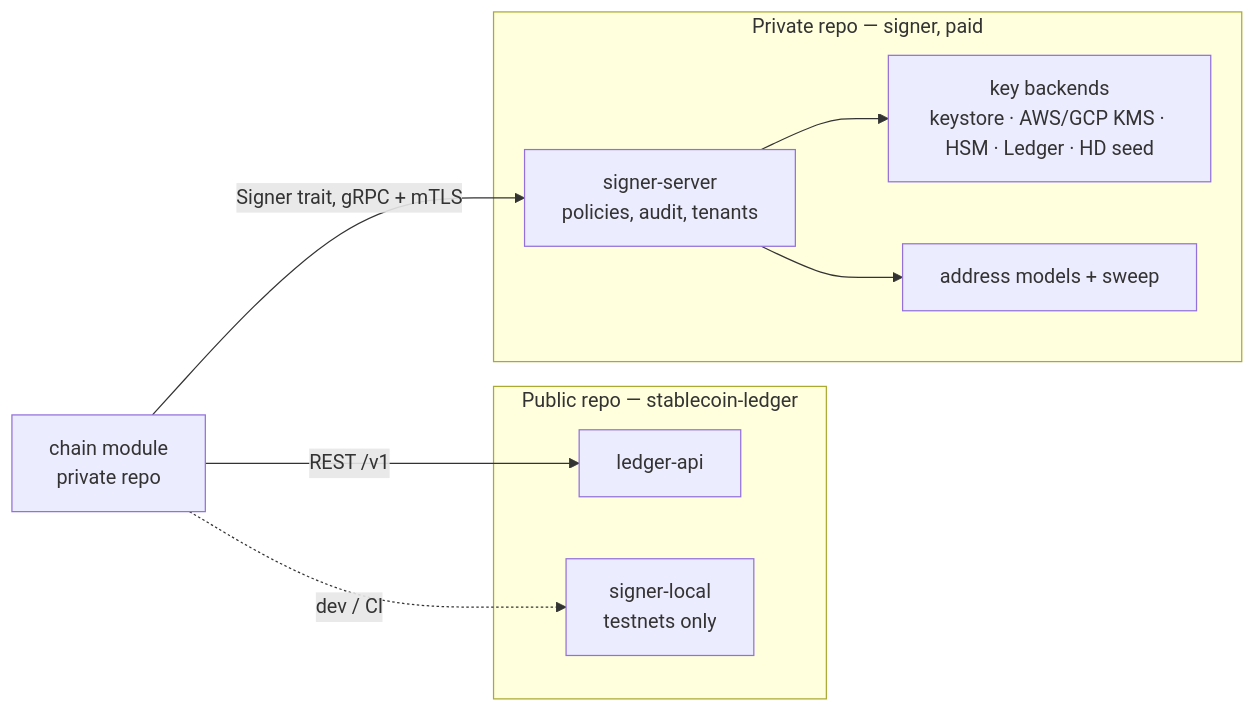
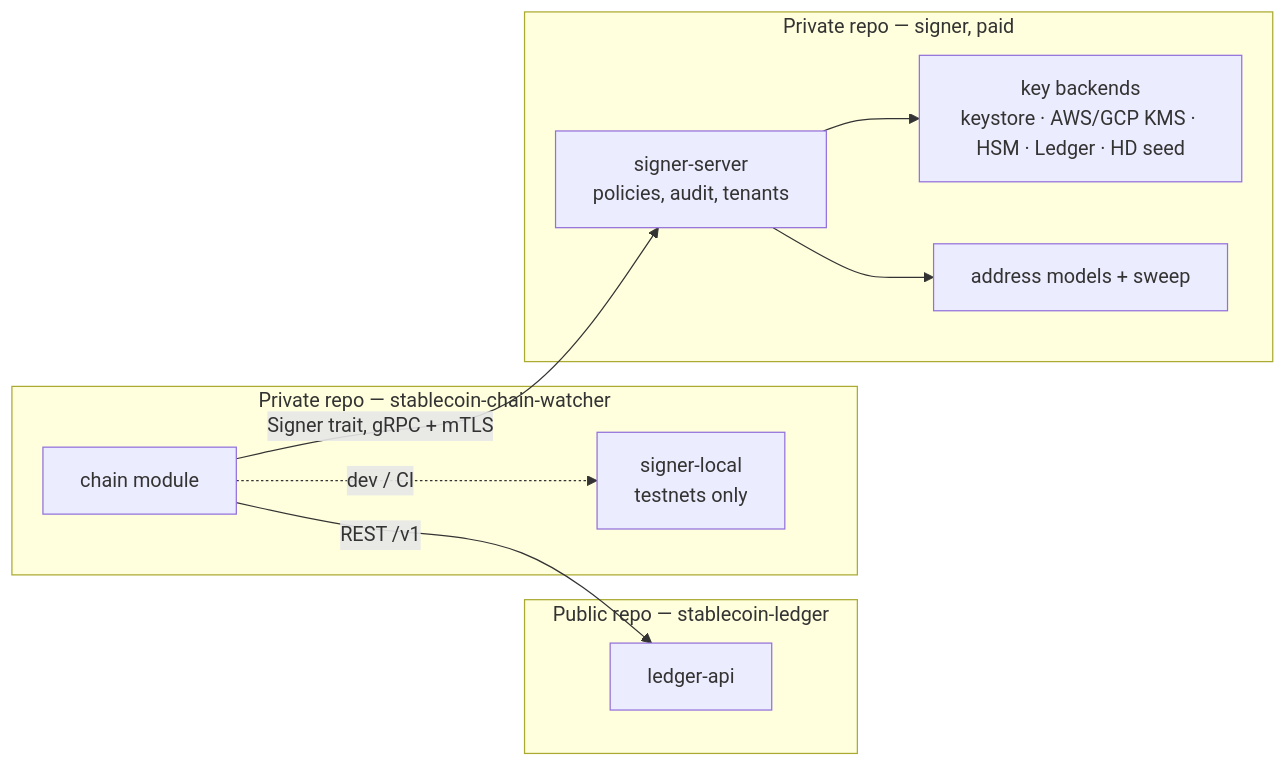
Before and after one commit to Next-Vector/stablecoin-ledger: the fifth of 5 diagrams in docs/architecture.md, drawn with Mermaid. The commit also changed other lines of this file and 9 other files, not shown here.

Commit message:
chore: move signer-proto and signer-local to the chain module (#65)

````diff
--- a/docs/architecture.md
+++ b/docs/architecture.md
@@ -148,18 +146,20 @@
 ```mermaid
 flowchart LR
     subgraph public [Public repo — stablecoin-ledger]
         ledger[ledger-api]
+    end
+    subgraph chainrepo [Private repo — stablecoin-chain-watcher]
+        chain[chain module]
         local[signer-local<br/>testnets only]
     end
-    chain[chain module<br/>private repo]
     subgraph private [Private repo — signer, paid]
         srv[signer-server<br/>policies, audit, tenants]
         keys["key backends<br/>keystore · AWS/GCP KMS · HSM · Ledger · HD seed"]
         addr[address models + sweep]
     end
     chain -- "REST /v1" --> ledger
     chain -- "Signer trait, gRPC + mTLS" --> srv
     chain -. dev / CI .-> local
     srv --> keys
     srv --> addr
 ```
````
